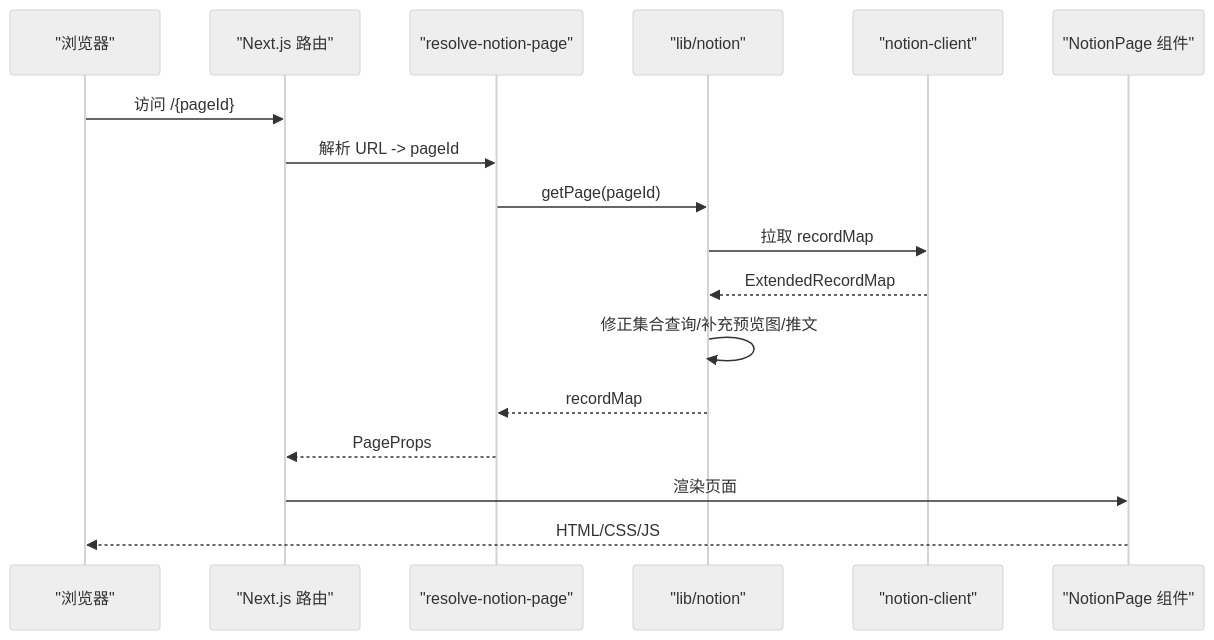
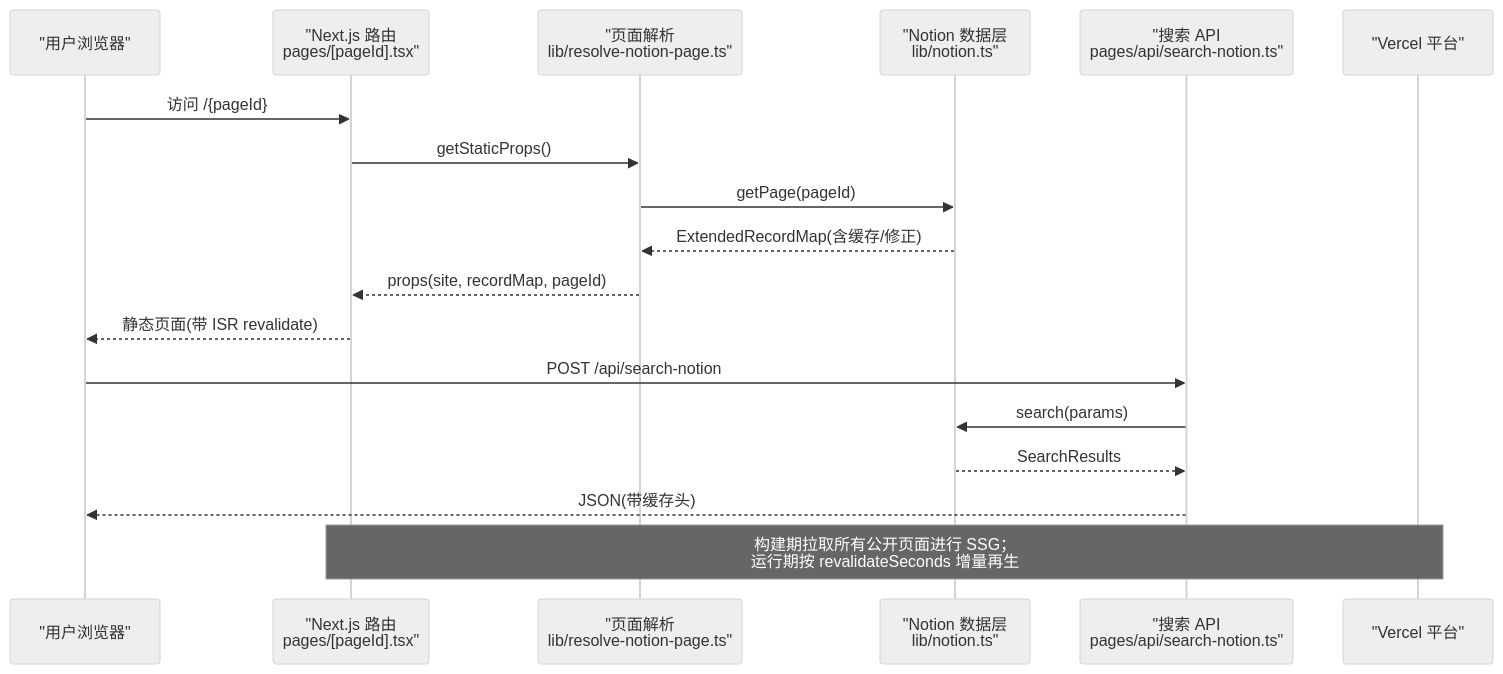
Before and after one commit to PhysicalMouse/nextjs-notion-starter-kit: the second of 7 diagrams in .qoder/repowiki/zh/content/项目概述.md, drawn with Mermaid (neutral theme). The commit also changed other lines of this file and 186 other files, not shown here.

````diff
--- a/.qoder/repowiki/zh/content/项目概述.md
+++ b/.qoder/repowiki/zh/content/项目概述.md
@@ -109,19 +111,20 @@
 ```mermaid
 sequenceDiagram
-participant Browser as "浏览器"
-participant Next as "Next.js 路由"
-participant Resolve as "resolve-notion-page"
-participant NotionLib as "lib/notion"
-participant NotionAPI as "notion-client"
-participant Renderer as "NotionPage 组件"
-Browser->>Next : 访问 /{pageId}
-Next->>Resolve : 解析 URL -> pageId
-Resolve->>NotionLib : getPage(pageId)
-NotionLib->>NotionAPI : 拉取 recordMap
-NotionAPI-->>NotionLib : ExtendedRecordMap
-NotionLib->>NotionLib : 修正集合查询/补充预览图/推文
-NotionLib-->>Resolve : recordMap
-Resolve-->>Next : PageProps
-Next->>Renderer : 渲染页面
-Renderer-->>Browser : HTML/CSS/JS
+participant U as "用户浏览器"
+participant N as "Next.js 路由<br/>pages/[pageId].tsx"
+participant R as "页面解析<br/>lib/resolve-notion-page.ts"
+participant M as "Notion 数据层<br/>lib/notion.ts"
+participant S as "搜索 API<br/>pages/api/search-notion.ts"
+participant V as "Vercel 平台"
+U->>N : 访问 /{pageId}
+N->>R : getStaticProps()
+R->>M : getPage(pageId)
+M-->>R : ExtendedRecordMap(含缓存/修正)
+R-->>N : props(site, recordMap, pageId)
+N-->>U : 静态页面(带 ISR revalidate)
+U->>S : POST /api/search-notion
+S->>M : search(params)
+M-->>S : SearchResults
+S-->>U : JSON(带缓存头)
+Note over V,N : 构建期拉取所有公开页面进行 SSG；<br/>运行期按 revalidateSeconds 增量再生
 ```
````
